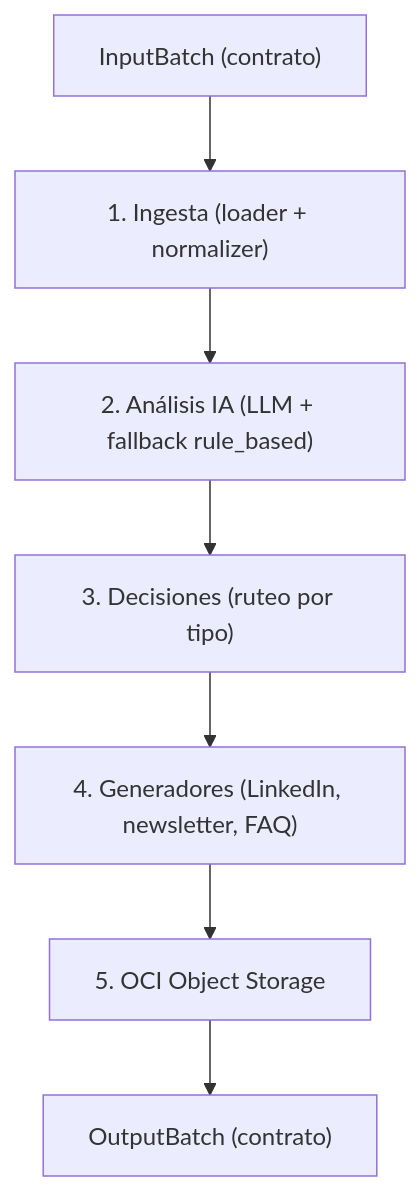
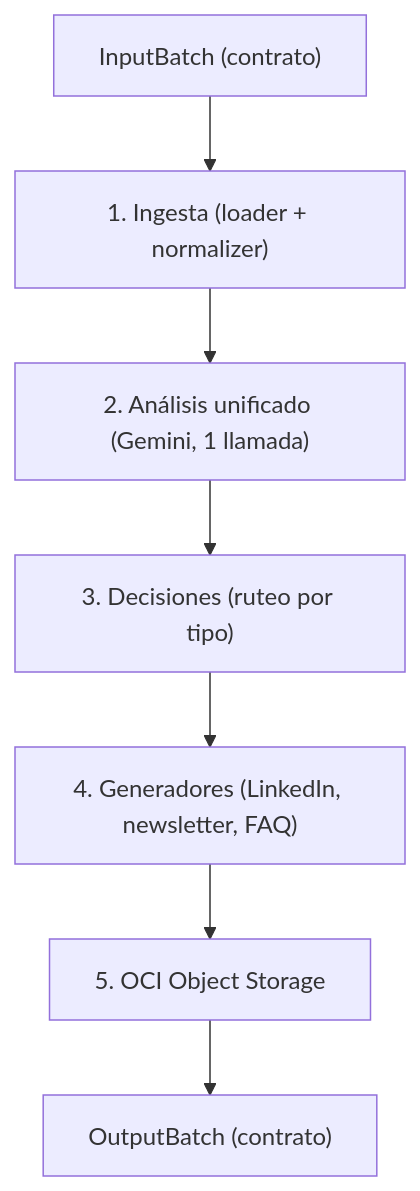
The diagram in README.md (No-Country-simulation/G10-Latam-Equipo24-CommunityLab), drawn with Mermaid before and after one commit. The commit also changed other lines of this file, not shown here.

````diff
--- a/README.md
+++ b/README.md
@@ -71,9 +75,9 @@
 ```mermaid
 flowchart TB
     IN["InputBatch (contrato)"] --> ING["1. Ingesta (loader + normalizer)"]
-    ING --> ANL["2. Análisis IA (LLM + fallback rule_based)"]
+    ING --> ANL["2. Análisis unificado (Gemini, 1 llamada)"]
     ANL --> DEC["3. Decisiones (ruteo por tipo)"]
     DEC --> GEN["4. Generadores (LinkedIn, newsletter, FAQ)"]
     GEN --> OCI["5. OCI Object Storage"]
     OCI --> OUT["OutputBatch (contrato)"]
 ```
````
